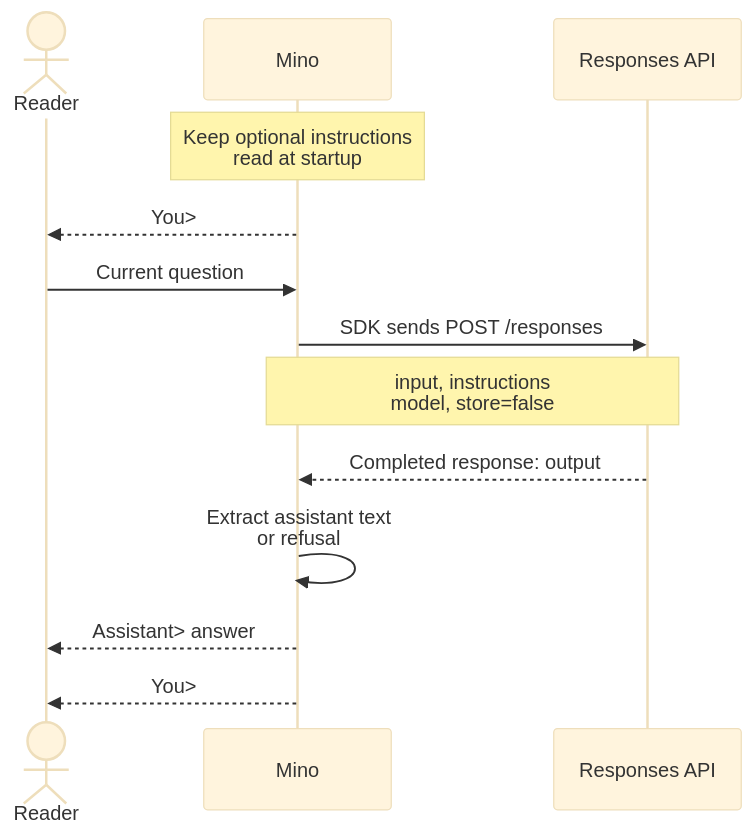
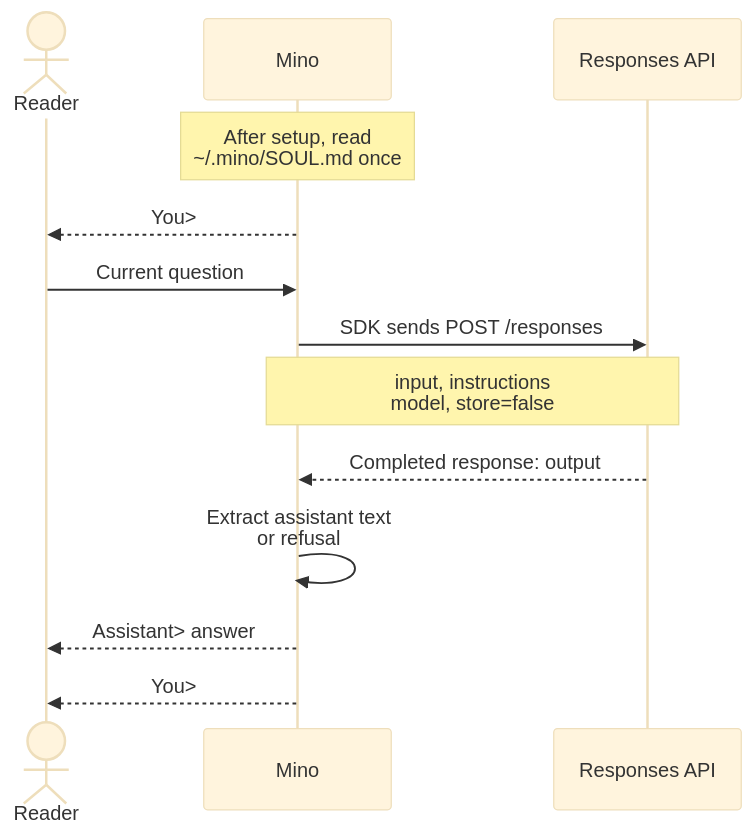
The diagram in docs/books/en/chapters/01-terminal-chat.md (qshine/mino), drawn with Mermaid (base theme) before and after one commit. The commit also changed other lines of this file and 9 other files, not shown here.

Commit message:
docs: explain editable Mino identity in chapter one

````diff
--- a/docs/books/en/chapters/01-terminal-chat.md
+++ b/docs/books/en/chapters/01-terminal-chat.md
@@ -36,17 +36,17 @@
 ```mermaid
 sequenceDiagram
     accTitle: One question through Mino
-    accDescr: Mino retains optional instructions at startup, prompts for a question, sends the current input through the OpenAI Go SDK to the Responses API, extracts assistant text from the completed response, and displays it before prompting again.
+    accDescr: After configuration is complete, Mino reads the user's home-directory SOUL.md once, prompts for a question, sends its identity instructions and the current input through the OpenAI Go SDK to the Responses API, then extracts and displays the answer before prompting again.
     actor User as Reader
     participant Mino as Mino
     participant API as Responses API
-    Note over Mino: Keep optional instructions<br/>read at startup
+    Note over Mino: After setup, read<br/>~/.mino/SOUL.md once
     Mino-->>User: You>
     User->>Mino: Current question
     Mino->>API: SDK sends POST /responses
     Note over Mino,API: input, instructions<br/>model, store=false
     API-->>Mino: Completed response: output
     Mino->>Mino: Extract assistant text<br/>or refusal
     Mino-->>User: Assistant> answer
     Mino-->>User: You>
 ```
````
